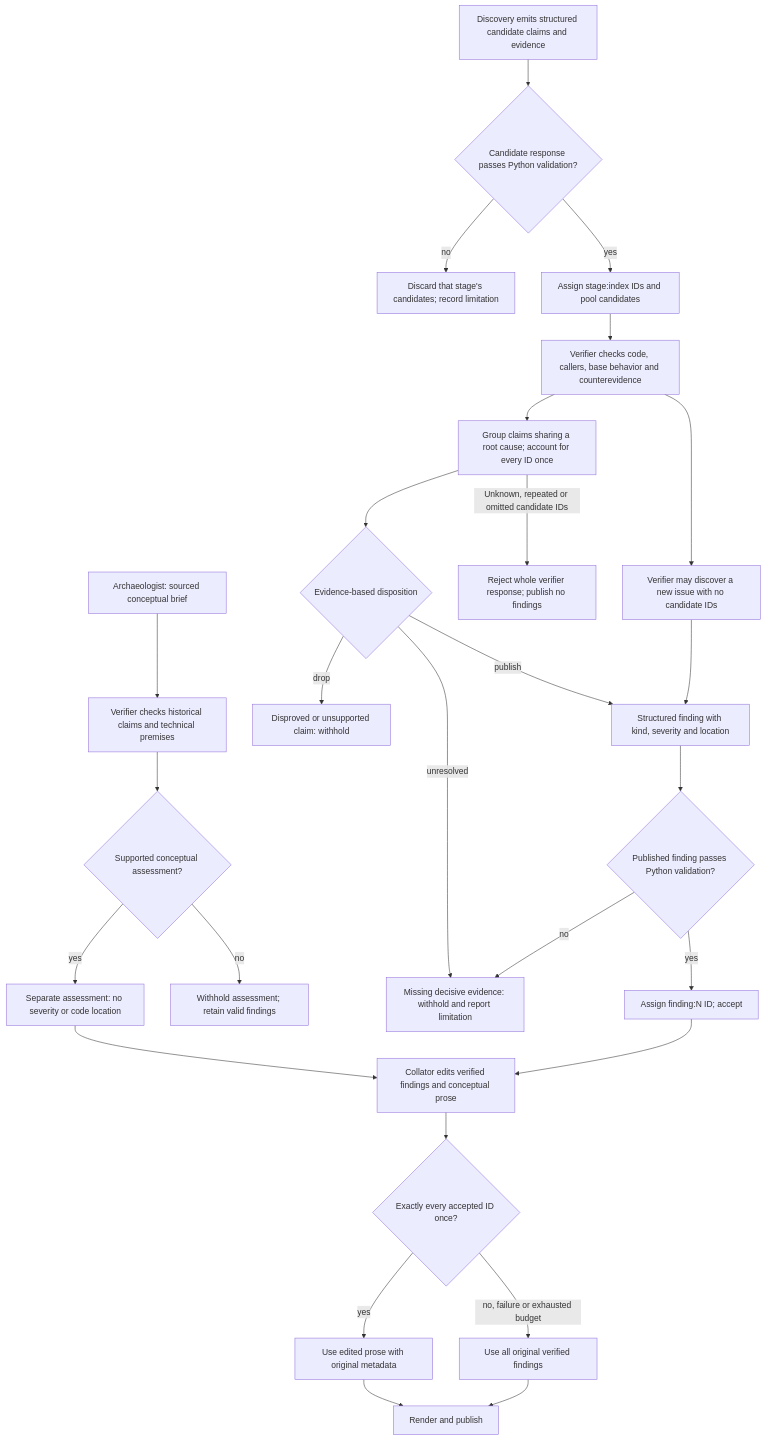
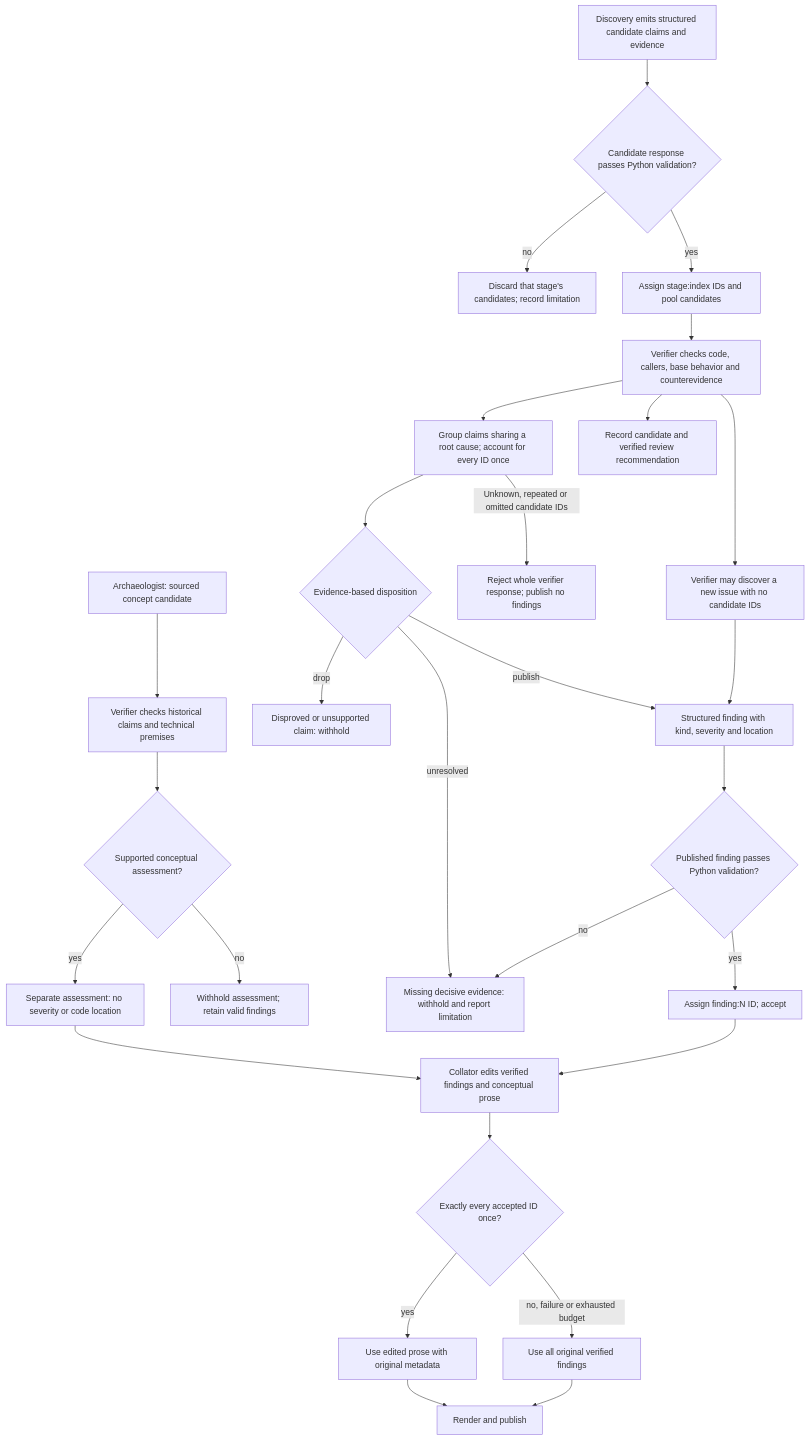
One commit to sedited/nix-wll changed the fourth of 4 diagrams in pkgs/ralph/README.md. Above: the diagram before and after it, drawn with Mermaid. The commit also changed other lines of this file and 2 other files, not shown here.

First line of the commit message:
Document advisory concept review and visible alternatives

````diff
--- a/pkgs/ralph/README.md
+++ b/pkgs/ralph/README.md
@@ -164,29 +170,30 @@
 ```mermaid
 flowchart TD
-    archaeology["Archaeologist: sourced conceptual brief"] --> conceptcheck["Verifier checks historical claims and technical premises"]
+    archaeology["Archaeologist: sourced concept candidate"] --> conceptcheck["Verifier checks historical claims and technical premises"]
     conceptcheck --> conceptdecision{"Supported conceptual assessment?"}
     conceptdecision -->|yes| concept["Separate assessment: no severity or code location"]
     conceptdecision -->|no| withheld["Withhold assessment; retain valid findings"]
     concept --> edit
     discovery["Discovery emits structured candidate claims and evidence"] --> valid{"Candidate response passes Python validation?"}
     valid -->|no| failed["Discard that stage's candidates; record limitation"]
     valid -->|yes| pool["Assign stage:index IDs and pool candidates"]
     pool --> verifier["Verifier checks code, callers, base behavior and counterevidence"]
     verifier --> group["Group claims sharing a root cause; account for every ID once"]
     group --> decision{"Evidence-based disposition"}
     decision -->|drop| drop["Disproved or unsupported claim: withhold"]
     decision -->|unresolved| unresolved["Missing decisive evidence: withhold and report limitation"]
     decision -->|publish| finding["Structured finding with kind, severity and location"]
     finding --> check{"Published finding passes Python validation?"}
     check -->|no| unresolved
     check -->|yes| accepted["Assign finding:N ID; accept"]
+    verifier --> reviewed["Record candidate and verified review recommendation"]
     verifier --> new["Verifier may discover a new issue with no candidate IDs"]
     new --> finding
     accepted --> edit["Collator edits verified findings and conceptual prose"]
     edit --> ids{"Exactly every accepted ID once?"}
     ids -->|yes| edited["Use edited prose with original metadata"]
     ids -->|"no, failure or exhausted budget"| fallback["Use all original verified findings"]
     edited --> final["Render and publish"]
     fallback --> final
     group -->|"Unknown, repeated or omitted candidate IDs"| invalid["Reject whole verifier response; publish no findings"]
 ```
````
